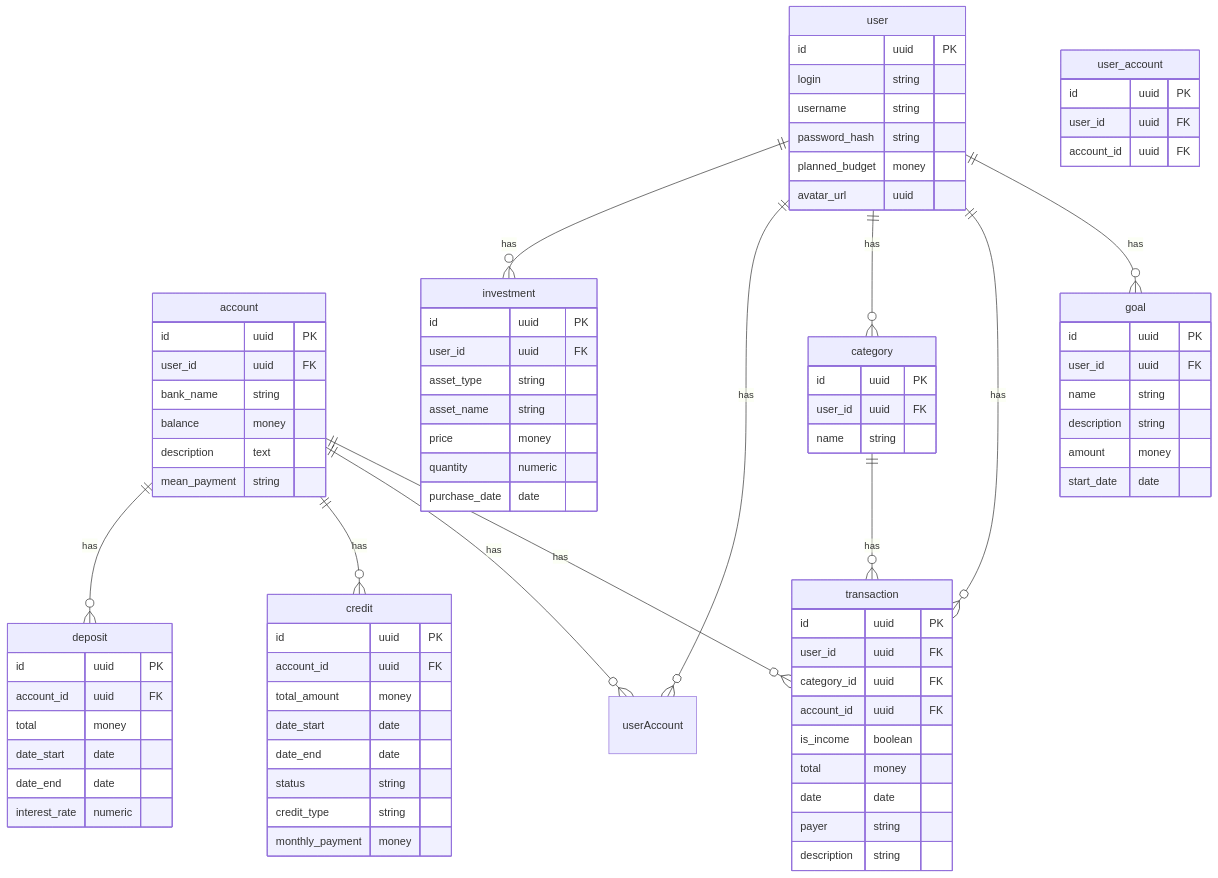
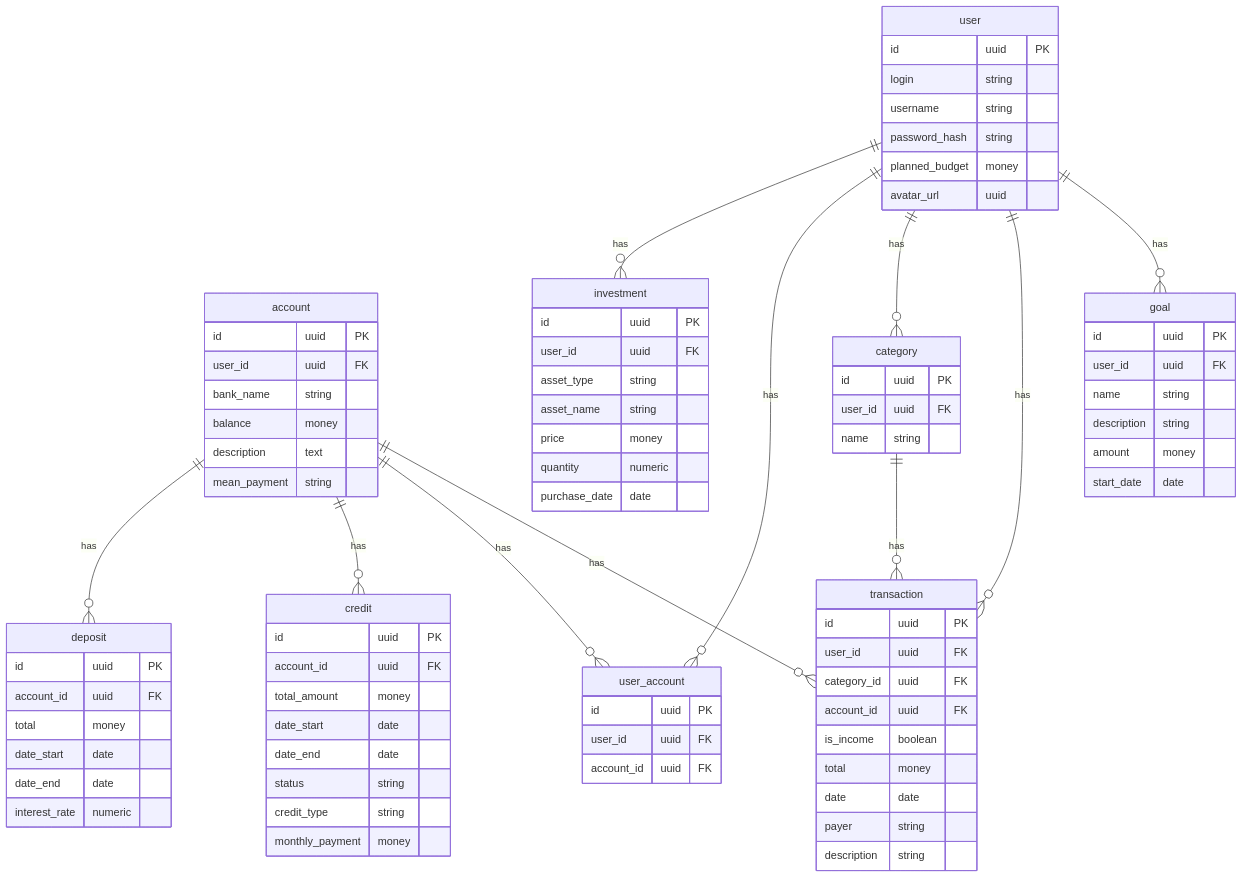
Before and after one commit to go-park-mail-ru/2023_2_Hamster: the diagram in db/normalized/relations.md, drawn with Mermaid.

```diff
--- a/db/normalized/relations.md
+++ b/db/normalized/relations.md
@@ -119,8 +119,8 @@
     account ||--o{ deposit : has
     account ||--o{ credit : has
     user ||--o{ investment : has
-    user ||--o{ userAccount : has
-    account ||--o{ userAccount : has
+    user ||--o{ user_account : has
+    account ||--o{ user_account : has
     user ||--o{ category : has
     user ||--o{ transaction : has
     account ||--o{ transaction : has
```
